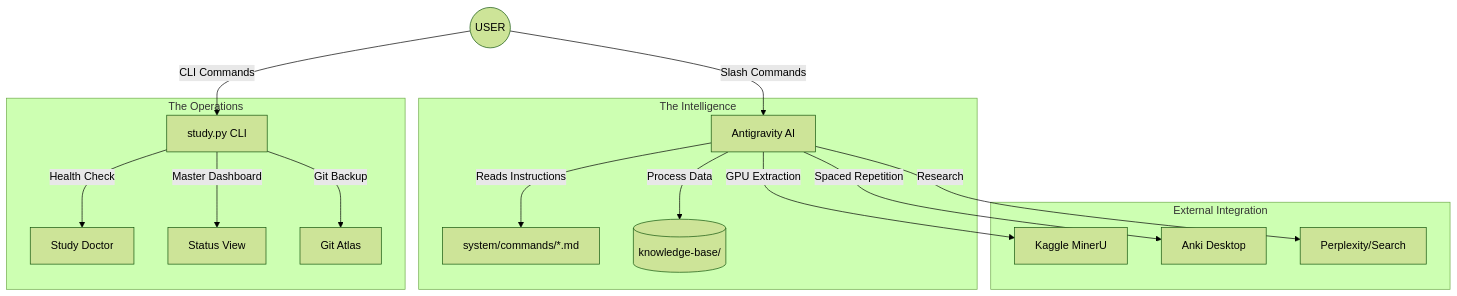
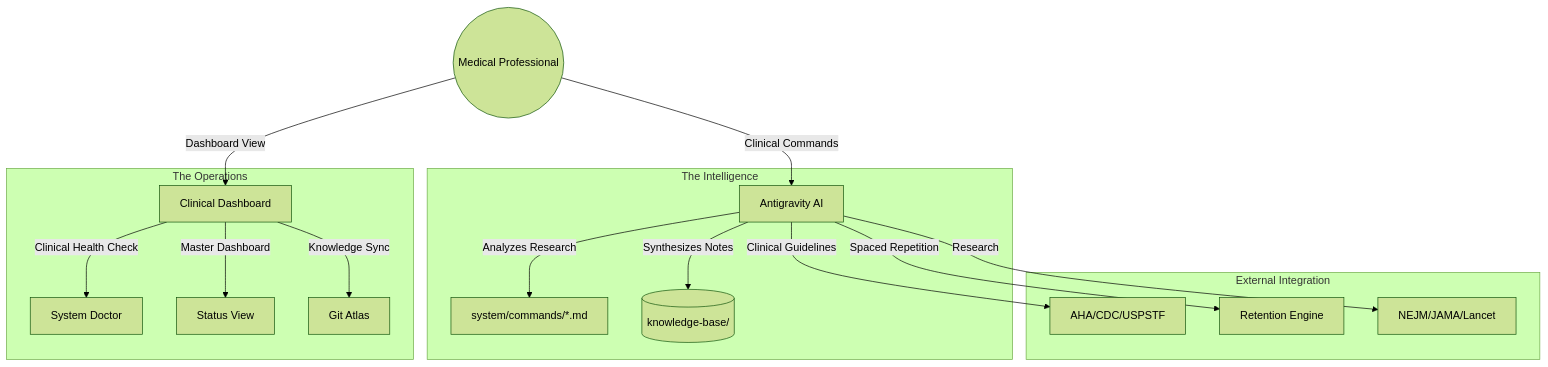
One commit to Gomaa-foundation/Learning_medical changed the first of 3 diagrams in docs/COMMAND_ATLAS.md. Above: the diagram before and after it, drawn with Mermaid (forest theme). The commit also changed other lines of this file and 11 other files, not shown here.

Commit message:
Medicalize all internal documentation: Unified clinical process maps, research ethics, and workflows

````diff
--- a/docs/COMMAND_ATLAS.md
+++ b/docs/COMMAND_ATLAS.md
@@ -13,22 +13,22 @@
 ```mermaid
 graph TD
-    User((USER)) -- "Slash Commands" --> AG[Antigravity AI]
-    User -- "CLI Commands" --> CLI[study.py CLI]
+    User((Medical Professional)) -- "Clinical Commands" --> AG[Antigravity AI]
+    User -- "Dashboard View" --> CLI[Clinical Dashboard]
     
     subgraph "The Intelligence"
-        AG -- "Reads Instructions" --> CMDs[system/commands/*.md]
-        AG -- "Process Data" --> KB[(knowledge-base/)]
+        AG -- "Analyzes Research" --> CMDs[system/commands/*.md]
+        AG -- "Synthesizes Notes" --> KB[(knowledge-base/)]
     end
     
     subgraph "The Operations"
-        CLI -- "Health Check" --> Doc[Study Doctor]
+        CLI -- "Clinical Health Check" --> Doc[System Doctor]
         CLI -- "Master Dashboard" --> Dash[Status View]
-        CLI -- "Git Backup" --> Atlas[Git Atlas]
+        CLI -- "Knowledge Sync" --> Atlas[Git Atlas]
     end
     
     subgraph "External Integration"
-        AG -- "GPU Extraction" --> Kaggle[Kaggle MinerU]
-        AG -- "Spaced Repetition" --> Anki[Anki Desktop]
-        AG -- "Research" --> Web[Perplexity/Search]
+        AG -- "Clinical Guidelines" --> Societies[AHA/CDC/USPSTF]
+        AG -- "Spaced Repetition" --> Memory[Retention Engine]
+        AG -- "Research" --> Journals[NEJM/JAMA/Lancet]
     end
 ```
````
